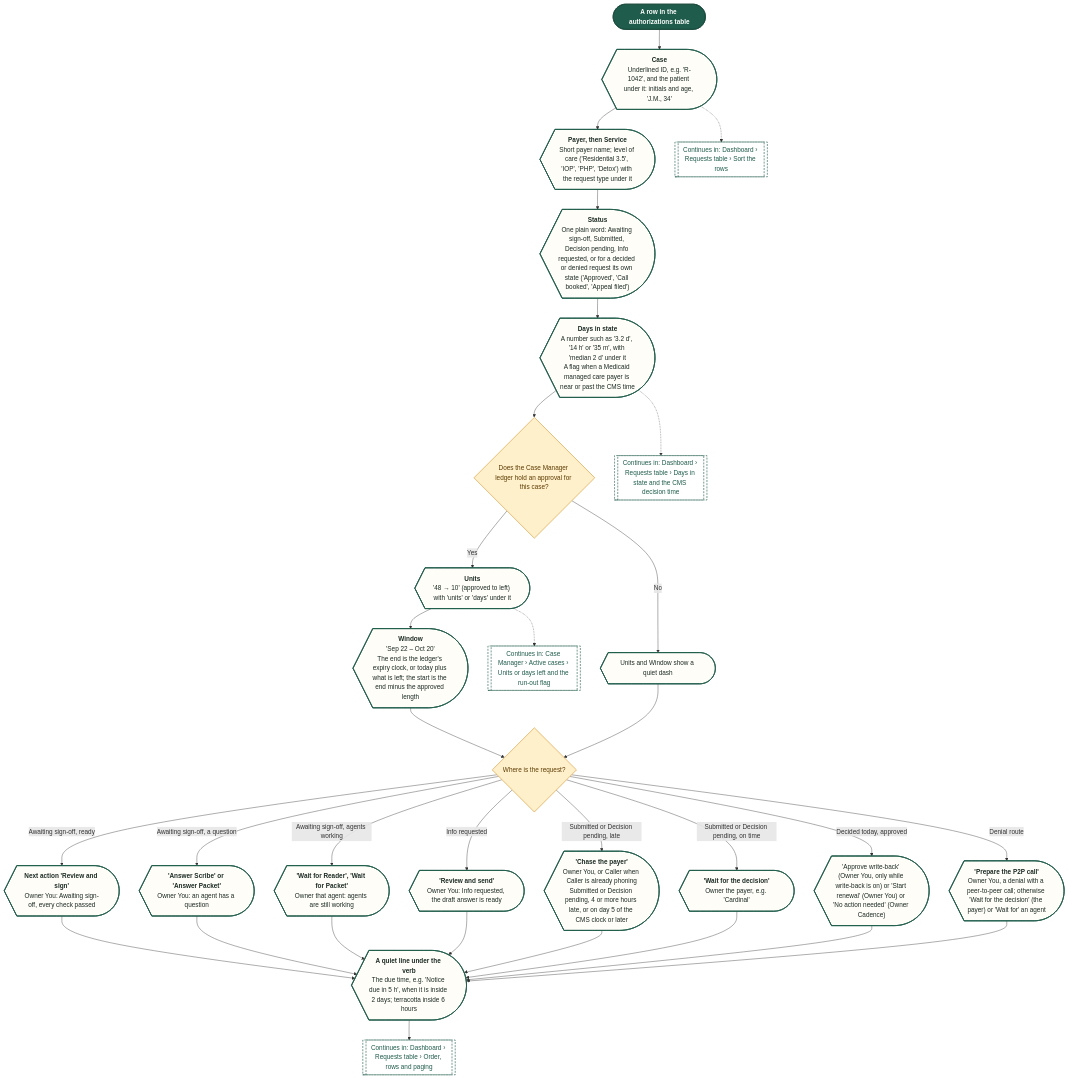
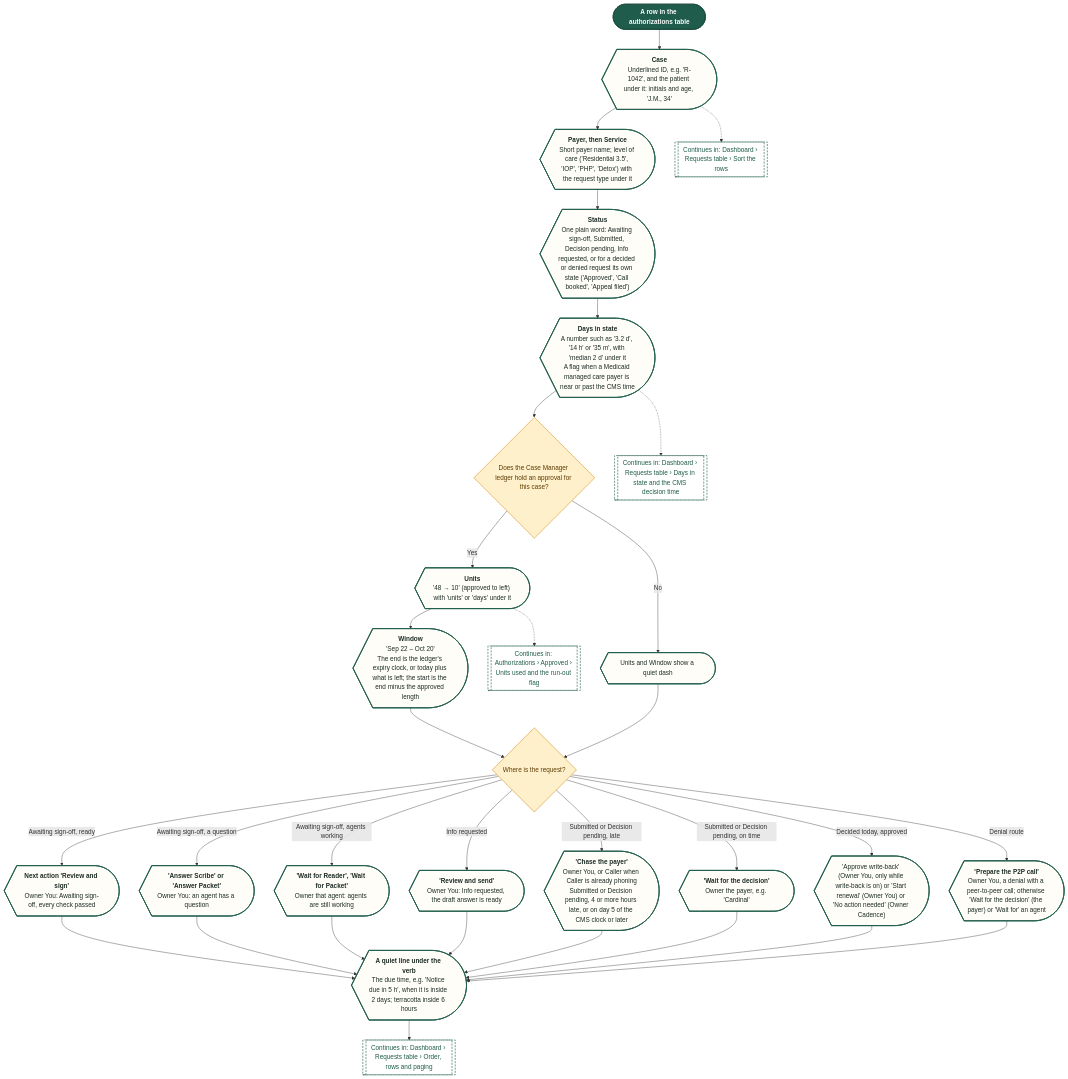
One commit to Shrav143/psyfloapp changed diagram 11 of 21 in demos/prior-auth-demo/workflows/out/md/02-dashboard.md. Above: the diagram before and after it, drawn with Mermaid. The commit also changed other lines of this file and 113 other files, not shown here.

First line of the commit message:
docs: workflow diagrams for the merged Authorizations (worklist, approved, reviews and tracked cases, sidebar arrow), every link retargeted, 336 diagrams

````diff
--- a/demos/prior-auth-demo/workflows/out/md/02-dashboard.md
+++ b/demos/prior-auth-demo/workflows/out/md/02-dashboard.md
@@ -749,62 +749,62 @@
 ```mermaid
 %%{init: {"theme":"base","themeVariables":{"fontFamily":"'DM Sans', 'Segoe UI', system-ui, sans-serif","fontSize":"15px","lineColor":"#5B6B63","primaryTextColor":"#1C2B25","clusterBkg":"#FBF8F3","clusterBorder":"#D9CDBB","edgeLabelBackground":"#FFFFFF"},"flowchart":{"curve":"basis","nodeSpacing":36,"rankSpacing":48,"padding":12,"htmlLabels":true,"useMaxWidth":false,"wrappingWidth":230}} }%%
 flowchart TD
   classDef k_start fill:#1F5C4B,stroke:#174638,color:#FFFFFF,stroke-width:1.5px,font-weight:600
   classDef k_end fill:#DDEFE3,stroke:#2E7D4F,color:#14502F,stroke-width:1.5px,font-weight:600
   classDef k_endx fill:#FBE3E0,stroke:#C0392B,color:#7A1F16,stroke-width:1.5px,font-weight:600
   classDef k_screen fill:#FFFDF8,stroke:#1F5C4B,color:#1C2B25,stroke-width:2px
   classDef k_overlay fill:#F1F7F3,stroke:#1F5C4B,color:#1C2B25,stroke-width:2px,stroke-dasharray:5 3
   classDef k_click fill:#DCEBFA,stroke:#2F6DB5,color:#12365F,stroke-width:1.5px
   classDef k_input fill:#E4E7FF,stroke:#4C5FD5,color:#1D2670,stroke-width:1.5px
   classDef k_process fill:#EEF0EE,stroke:#7A857F,color:#26302B,stroke-width:1.5px
   classDef k_agent fill:#EEE5FA,stroke:#7A4FC2,color:#341A63,stroke-width:1.5px
   classDef k_decision fill:#FFF0CC,stroke:#D9962B,color:#5C3B00,stroke-width:1.5px
   classDef k_store fill:#D5F0EA,stroke:#1C8E7B,color:#0B4A3F,stroke-width:1.5px
   classDef k_doc fill:#F6E9DC,stroke:#B07A4C,color:#4A2E14,stroke-width:1.5px
   classDef k_ext fill:#FFE6D2,stroke:#E07B39,color:#6B2F06,stroke-width:1.5px
   classDef k_wait fill:#E4E8EE,stroke:#6B7C93,color:#26303D,stroke-width:1.5px
   classDef k_toast fill:#FFF9DB,stroke:#C9A400,color:#5A4A00,stroke-width:1.5px
   classDef k_goto fill:#FFFFFF,stroke:#1F5C4B,color:#1F5C4B,stroke-width:1.5px,stroke-dasharray:5 3
   s1@{ shape: stadium, label: "A row in the authorizations table" }
   c1@{ shape: curv-trap, label: "<b>Case</b><br/>Underlined ID, e.g. 'R-1042', and the patient under it: initials and age, 'J.M., 34'" }
   c2@{ shape: curv-trap, label: "<b>Payer, then Service</b><br/>Short payer name; level of care ('Residential 3.5', 'IOP', 'PHP', 'Detox') with the request type under it" }
   c3@{ shape: curv-trap, label: "<b>Status</b><br/>One plain word: Awaiting sign-off, Submitted, Decision pending, Info requested, or for a decided or denied request its own state ('Approved', 'Call booked', 'Appeal filed')" }
   c4@{ shape: curv-trap, label: "<b>Days in state</b><br/>A number such as '3.2 d', '14 h' or '35 m', with 'median 2 d' under it<br/>A flag when a Medicaid managed care payer is near or past the CMS time" }
   u1@{ shape: diam, label: "Does the Case Manager ledger hold an approval for this case?" }
   u2@{ shape: curv-trap, label: "<b>Units</b><br/>'48 → 10' (approved to left) with 'units' or 'days' under it" }
   u3@{ shape: curv-trap, label: "<b>Window</b><br/>'Sep 22 – Oct 20'<br/>The end is the ledger's expiry clock, or today plus what is left; the start is the end minus the approved length" }
   u4@{ shape: curv-trap, label: "Units and Window show a quiet dash" }
   n1@{ shape: diam, label: "Where is the request?" }
   n2@{ shape: curv-trap, label: "<b>Next action 'Review and sign'</b><br/>Owner You: Awaiting sign-off, every check passed" }
   n3@{ shape: curv-trap, label: "<b>'Answer Scribe' or 'Answer Packet'</b><br/>Owner You: an agent has a question" }
   n4@{ shape: curv-trap, label: "<b>'Wait for Reader', 'Wait for Packet'</b><br/>Owner that agent: agents are still working" }
   n5@{ shape: curv-trap, label: "<b>'Review and send'</b><br/>Owner You: Info requested, the draft answer is ready" }
   n6@{ shape: curv-trap, label: "<b>'Chase the payer'</b><br/>Owner You, or Caller when Caller is already phoning<br/>Submitted or Decision pending, 4 or more hours late, or on day 5 of the CMS clock or later" }
   n7@{ shape: curv-trap, label: "<b>'Wait for the decision'</b><br/>Owner the payer, e.g. 'Cardinal'" }
   n8@{ shape: curv-trap, label: "'Approve write-back' (Owner You, only while write-back is on) or 'Start renewal' (Owner You) or 'No action needed' (Owner Cadence)" }
   n9@{ shape: curv-trap, label: "<b>'Prepare the P2P call'</b><br/>Owner You, a denial with a peer-to-peer call; otherwise 'Wait for the decision' (the payer) or 'Wait for' an agent" }
   n10@{ shape: curv-trap, label: "<b>A quiet line under the verb</b><br/>The due time, e.g. 'Notice due in 5 h', when it is inside 2 days; terracotta inside 6 hours" }
   g1@{ shape: subproc, label: "Continues in: Dashboard › Requests table › Order, rows and paging" }
   g2@{ shape: subproc, label: "Continues in: Dashboard › Requests table › Days in state and the CMS decision time" }
   g3@{ shape: subproc, label: "Continues in: Dashboard › Requests table › Sort the rows" }
-  g4@{ shape: subproc, label: "Continues in: Case Manager › Active cases › Units or days left and the run-out flag" }
+  g4@{ shape: subproc, label: "Continues in: Authorizations › Approved › Units used and the run-out flag" }
   s1 --> c1 --> c2 --> c3 --> c4 --> u1
   u1 -->|"Yes"| u2 --> u3 --> n1
   u1 -->|"No"| u4 --> n1
   n1 -->|"Awaiting sign-off, ready"| n2 --> n10
   n1 -->|"Awaiting sign-off, a question"| n3 --> n10
   n1 -->|"Awaiting sign-off, agents working"| n4 --> n10
   n1 -->|"Info requested"| n5 --> n10
   n1 -->|"Submitted or Decision pending, late"| n6 --> n10
   n1 -->|"Submitted or Decision pending, on time"| n7 --> n10
   n1 -->|"Decided today, approved"| n8 --> n10
   n1 -->|"Denial route"| n9 --> n10
   n10 --> g1
   c4 -.-> g2
   c1 -.-> g3
   u2 -.-> g4
   class s1 k_start
   class c1,c2,c3,c4,u2,u3,u4,n2,n3,n4,n5,n6,n7,n8,n9,n10 k_screen
   class u1,n1 k_decision
   class g1,g2,g3,g4 k_goto
 ```
````
